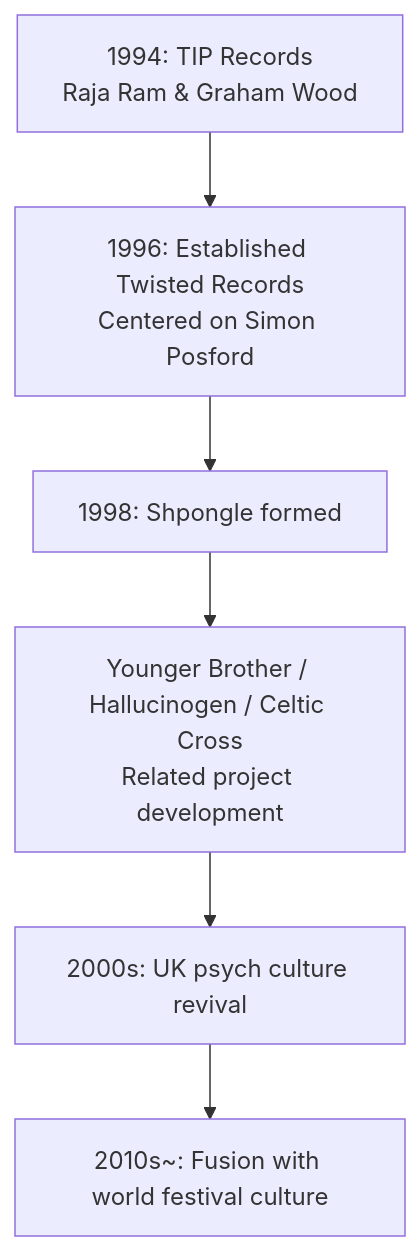
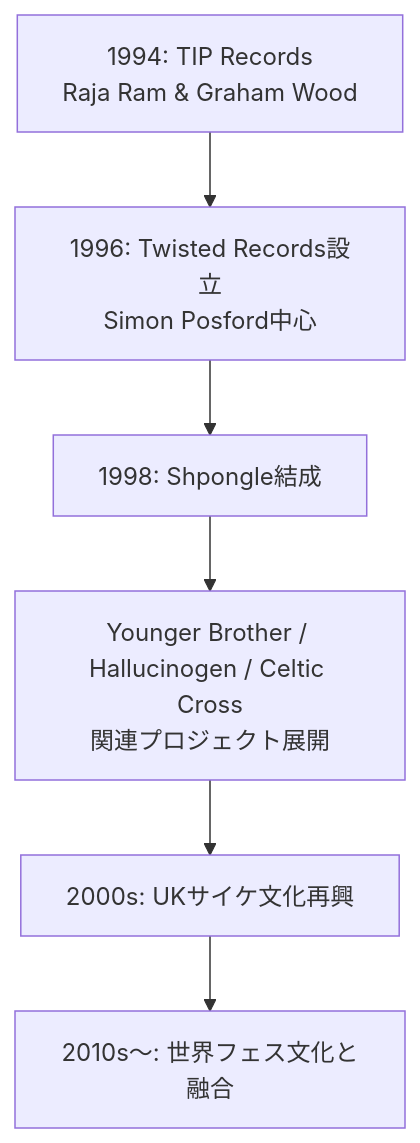
The first of 4 diagrams in en/_posts/2025-10-05-Column-Shpongle.md (monumental-movement/monumental-movement.github.io), drawn with Mermaid before and after one commit. The commit also changed other lines of this file and 1724 other files, not shown here.

```diff
--- a/en/_posts/2025-10-05-Column-Shpongle.md
+++ b/en/_posts/2025-10-05-Column-Shpongle.md
@@ -63,10 +72,10 @@
 <div class="mermaid">
 
 flowchart TD
-A["1994: TIP Records<br>Raja Ram & Graham Wood"] --> B["1996: Established Twisted Records<br>Centered on Simon Posford"]
-B --> C["1998: Shpongle formed"]
-C --> D["Younger Brother / Hallucinogen / Celtic Cross<br>Related project development"]
-D --> E["2000s: UK psych culture revival"]
-E --> F["2010s~: Fusion with world festival culture"]
+  A["1994: TIP Records<br>Raja Ram & Graham Wood"] --> B["1996: Twisted Records設立<br>Simon Posford中心"]
+  B --> C["1998: Shpongle結成"]
+  C --> D["Younger Brother / Hallucinogen / Celtic Cross<br>関連プロジェクト展開"]
+  D --> E["2000s: UKサイケ文化再興"]
+  E --> F["2010s〜: 世界フェス文化と融合"]
 
 </div>
```
